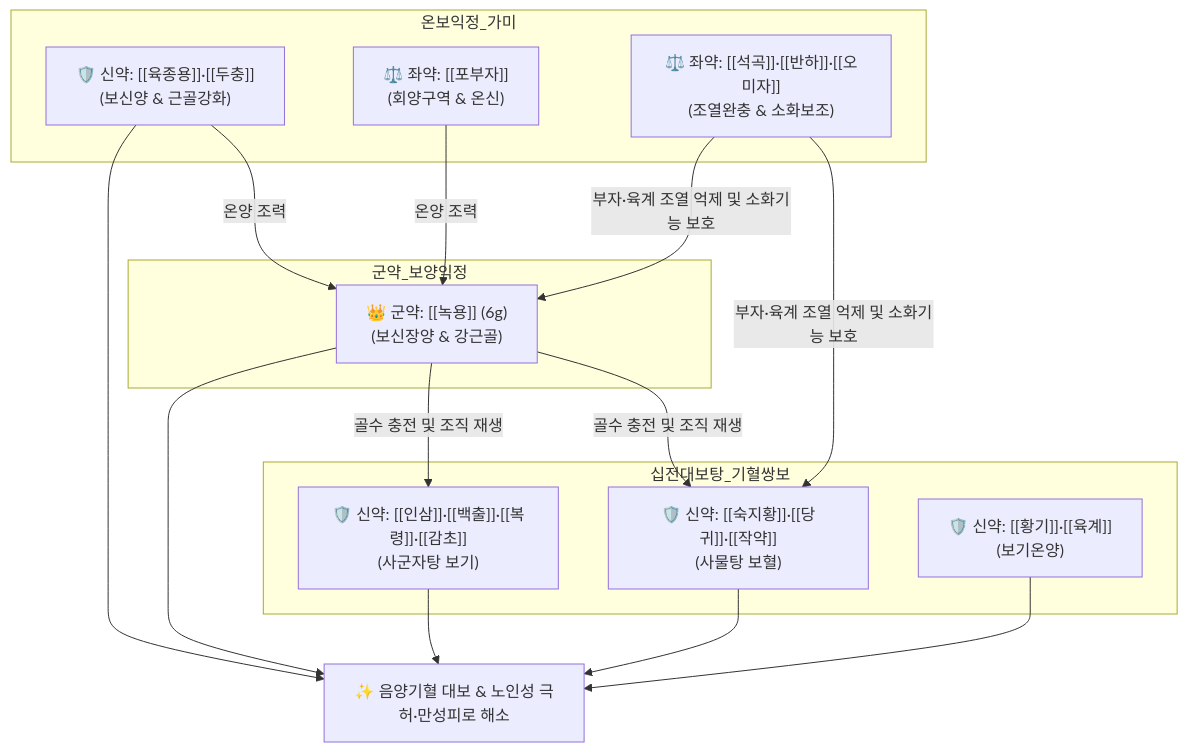
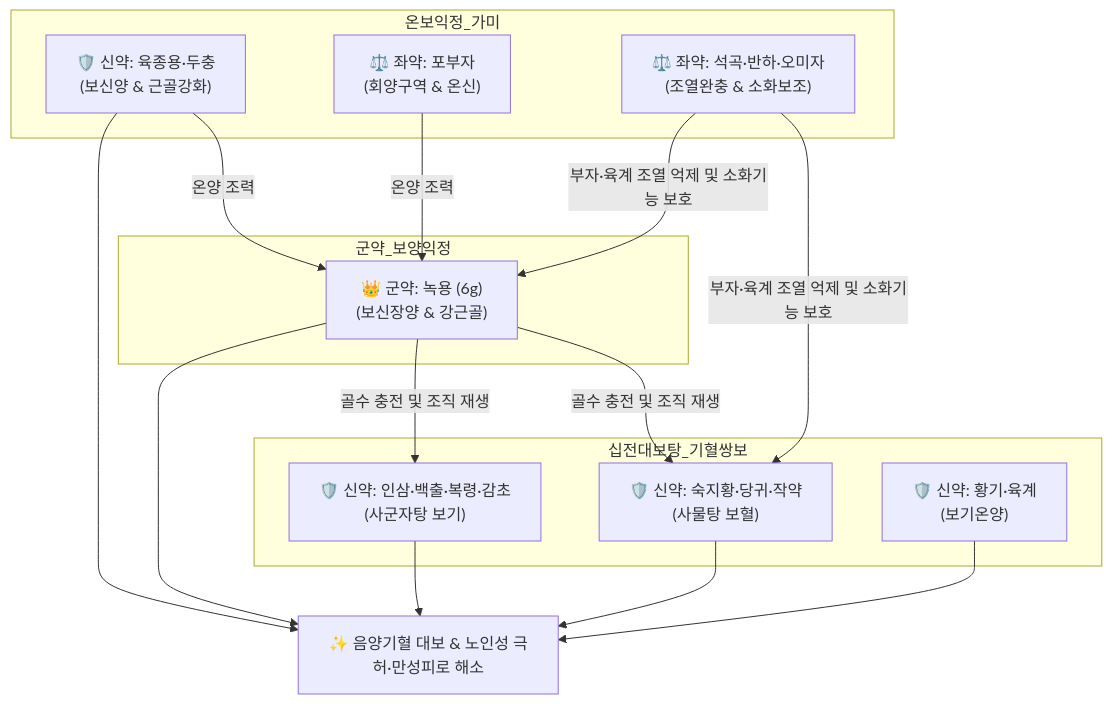
Before and after one commit to simbio11/simbio-digital-garden2: the diagram in content/2. 약리 공부/처방/02_보익제/녹용대보탕.md, drawn with Mermaid. The commit also changed other lines of this file and 323 other files, not shown here.

````diff
--- a/content/2. 약리 공부/처방/02_보익제/녹용대보탕.md
+++ b/content/2. 약리 공부/처방/02_보익제/녹용대보탕.md
@@ -57,20 +59,20 @@
 ```mermaid
 graph TD
     subgraph 군약_보양익정
-        NY["👑 군약: [[녹용]] (6g)<br>(보신장양 & 강근골)"]
+        NY["👑 군약: 녹용 (6g)<br>(보신장양 & 강근골)"]
     end
     subgraph 십전대보탕_기혈쌍보
-        SGZ["🛡️ 신약: [[인삼]]·[[백출]]·[[복령]]·[[감초]]<br>(사군자탕 보기)"]
-        SMT["🛡️ 신약: [[숙지황]]·[[당귀]]·[[작약]]<br>(사물탕 보혈)"]
-        HG_YK["🛡️ 신약: [[황기]]·[[육계]]<br>(보기온양)"]
+        SGZ["🛡️ 신약: 인삼·백출·복령·감초<br>(사군자탕 보기)"]
+        SMT["🛡️ 신약: 숙지황·당귀·작약<br>(사물탕 보혈)"]
+        HG_YK["🛡️ 신약: 황기·육계<br>(보기온양)"]
     end
     subgraph 온보익정_가미
-        YJY_DC["🛡️ 신약: [[육종용]]·[[두충]]<br>(보신양 & 근골강화)"]
-        FBZ["⚖️ 좌약: [[포부자]]<br>(회양구역 & 온신)"]
-        SG_BH["⚖️ 좌약: [[석곡]]·[[반하]]·[[오미자]]<br>(조열완충 & 소화보조)"]
+        YJY_DC["🛡️ 신약: 육종용·두충<br>(보신양 & 근골강화)"]
+        FBZ["⚖️ 좌약: 포부자<br>(회양구역 & 온신)"]
+        SG_BH["⚖️ 좌약: 석곡·반하·오미자<br>(조열완충 & 소화보조)"]
     end
     NY -->|골수 충전 및 조직 재생| SMT & SGZ
     YJY_DC & FBZ -->|온양 조력| NY
     SG_BH -->|부자·육계 조열 억제 및 소화기능 보호| SMT & NY
     NY & SGZ & SMT & HG_YK & YJY_DC --> Outcome["✨ 음양기혈 대보 & 노인성 극허·만성피로 해소"]
 ```
````
